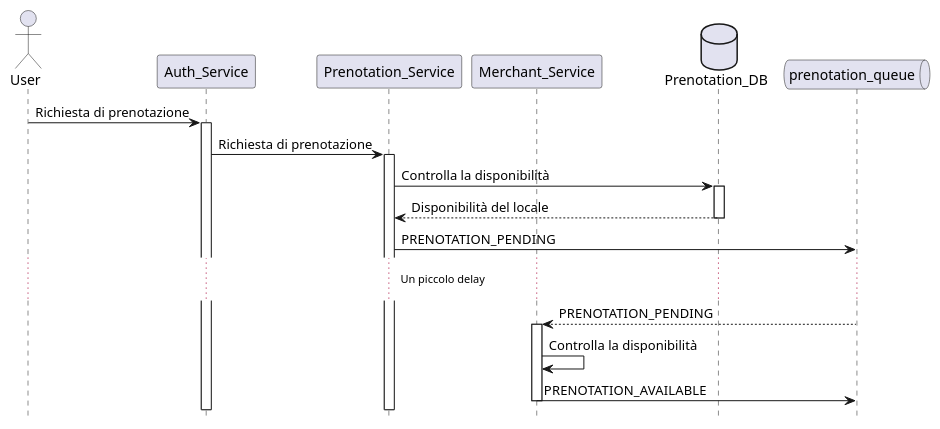
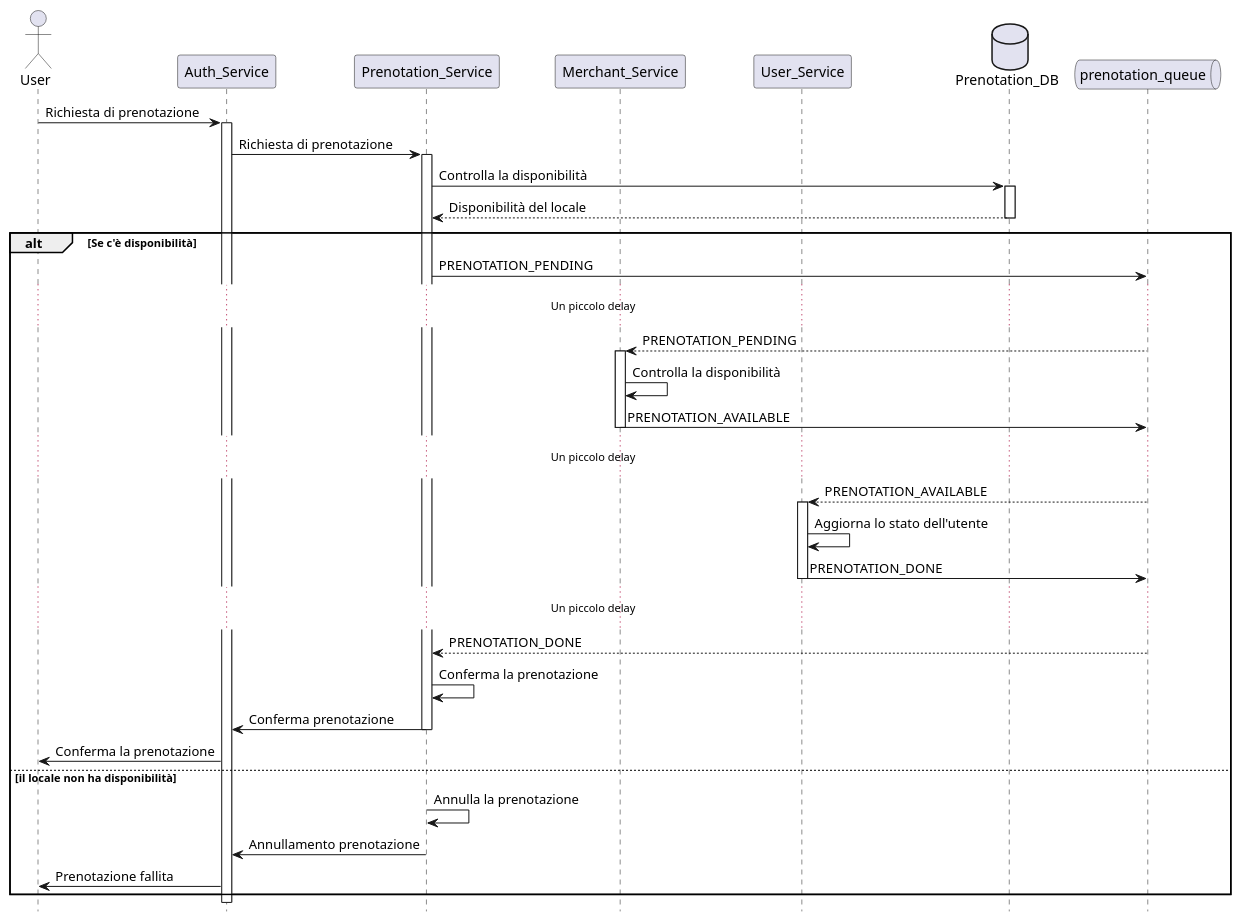
Before and after one commit to decimo-digital/ceposto-docs: the diagram in diagrammi uml/prenotazione.plantuml, drawn with PlantUML.

Commit message:
sequence diagram della prenotazione

```diff
--- a/diagrammi uml/prenotazione.plantuml
+++ b/diagrammi uml/prenotazione.plantuml
@@ -1,27 +1,46 @@
 @startuml Prenotazione
 
 hide footbox
 
 actor User as user
 participant Auth_Service as authservice
 participant Prenotation_Service as prenotationservice
 participant Merchant_Service as merchantservice
+participant User_Service as userservice
 database Prenotation_DB as prenotationdb
 queue prenotation_queue as prenotationqueue
 
 user -> authservice: Richiesta di prenotazione
 activate authservice
 authservice -> prenotationservice: Richiesta di prenotazione
 activate prenotationservice
 prenotationservice -> prenotationdb: Controlla la disponibilità
 activate prenotationdb
 prenotationdb --> prenotationservice: Disponibilità del locale
 deactivate prenotationdb
-prenotationservice -> prenotationqueue: PRENOTATION_PENDING
-... Un piccolo delay ...
-prenotationqueue --> merchantservice: PRENOTATION_PENDING
-activate merchantservice
-merchantservice -> merchantservice: Controlla la disponibilità
-merchantservice -> prenotationqueue: PRENOTATION_AVAILABLE
-deactivate merchantservice
+alt Se c'è disponibilità
+    prenotationservice -> prenotationqueue: PRENOTATION_PENDING
+    ... Un piccolo delay ...
+    prenotationqueue --> merchantservice: PRENOTATION_PENDING
+    activate merchantservice
+    merchantservice -> merchantservice: Controlla la disponibilità
+    merchantservice -> prenotationqueue: PRENOTATION_AVAILABLE
+    deactivate merchantservice
+    ... Un piccolo delay ...
+    prenotationqueue --> userservice: PRENOTATION_AVAILABLE
+    activate userservice
+    userservice -> userservice: Aggiorna lo stato dell'utente
+    userservice -> prenotationqueue: PRENOTATION_DONE
+    deactivate userservice
+    ... Un piccolo delay ...
+    prenotationqueue --> prenotationservice: PRENOTATION_DONE
+    prenotationservice -> prenotationservice: Conferma la prenotazione
+    prenotationservice -> authservice: Conferma prenotazione
+    deactivate prenotationservice
+    authservice -> user: Conferma la prenotazione
+else il locale non ha disponibilità
+    prenotationservice -> prenotationservice: Annulla la prenotazione
+    prenotationservice -> authservice: Annullamento prenotazione
+    authservice -> user: Prenotazione fallita
+end
 @enduml
```
